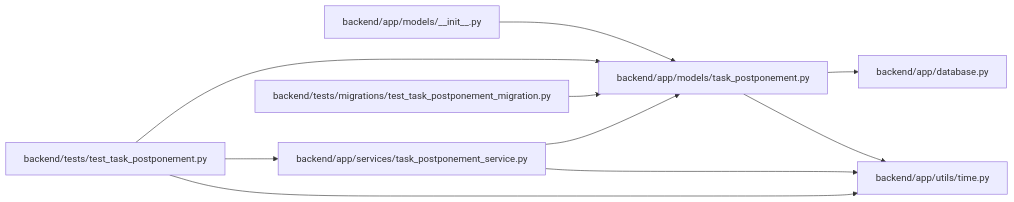
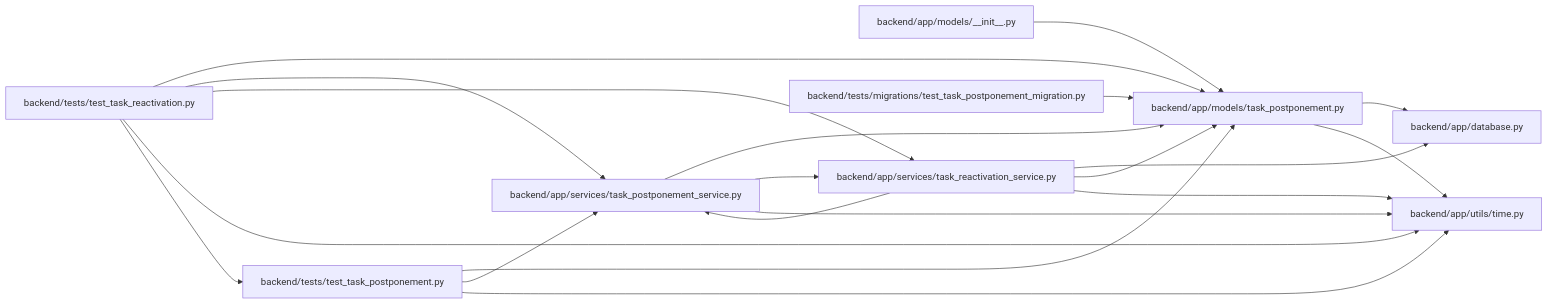
The diagram in docs/llm_wiki/modules/models_task_postponement.md (Denissvgn/WorkChord), drawn with Mermaid before and after one commit. The commit also changed other lines of this file and 873 other files, not shown here.

Commit message:
Sync the architectural wiki for automatic reactivation of postponed tasks

````diff
--- a/docs/llm_wiki/modules/models_task_postponement.md
+++ b/docs/llm_wiki/modules/models_task_postponement.md
@@ -22,26 +22,40 @@
 ```mermaid
 flowchart LR
     n0["backend/app/database.py"]
     n1["backend/app/models/__init__.py"]
     n2["backend/app/models/task_postponement.py"]
     n3["backend/app/services/task_postponement_service.py"]
-    n4["backend/app/utils/time.py"]
-    n5["backend/tests/migrations/test_task_postponement_migration.py"]
-    n6["backend/tests/test_task_postponement.py"]
+    n4["backend/app/services/task_reactivation_service.py"]
+    n5["backend/app/utils/time.py"]
+    n6["backend/tests/migrations/test_task_postponement_migration.py"]
+    n7["backend/tests/test_task_postponement.py"]
+    n8["backend/tests/test_task_reactivation.py"]
     n1 --> n2
     n2 --> n0
-    n2 --> n4
+    n2 --> n5
     n3 --> n2
     n3 --> n4
-    n5 --> n2
+    n3 --> n5
+    n4 --> n0
+    n4 --> n2
+    n4 --> n3
+    n4 --> n5
     n6 --> n2
-    n6 --> n3
-    n6 --> n4
+    n7 --> n2
+    n7 --> n3
+    n7 --> n5
+    n8 --> n2
+    n8 --> n3
+    n8 --> n4
+    n8 --> n5
+    n8 --> n7
     click n0 "../modules/app_database.md"
     click n1 "../modules/models___init__.md"
     click n2 "../modules/models_task_postponement.md"
     click n3 "../modules/task_postponement_service.md"
-    click n4 "../modules/time.md"
-    click n5 "../modules/test_task_postponement_migration.md"
-    click n6 "../modules/test_task_postponement.md"
+    click n4 "../modules/task_reactivation_service.md"
+    click n5 "../modules/time.md"
+    click n6 "../modules/test_task_postponement_migration.md"
+    click n7 "../modules/test_task_postponement.md"
+    click n8 "../modules/test_task_reactivation.md"
 ```
````
